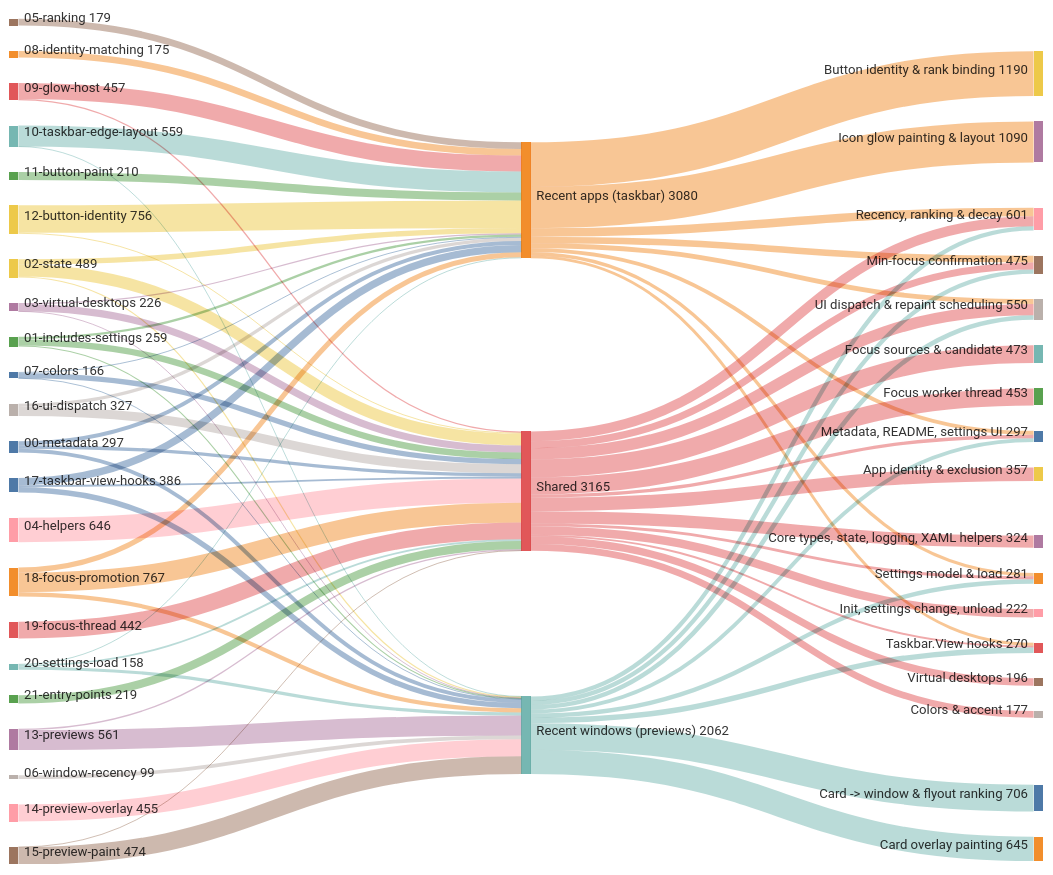
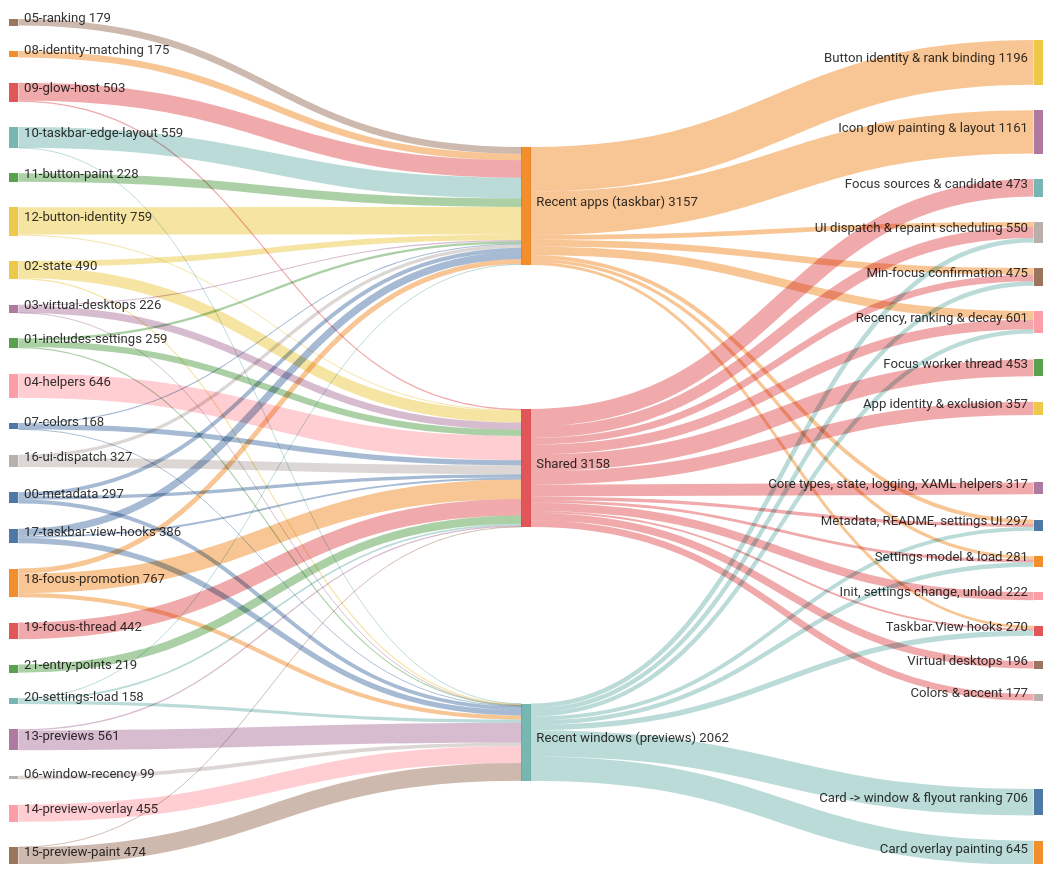
The second of 5 diagrams in doc/code/code-breakdown.md (jvlasek/taskbar-recent-focus-highlight), drawn with Mermaid before and after one commit. The commit also changed other lines of this file and 8 other files, not shown here.

First line of the commit message:
perf: paint cache for the plate icon styles

```diff
--- a/doc/code/code-breakdown.md
+++ b/doc/code/code-breakdown.md
@@ -43,8 +43,8 @@
 01-includes-settings,"Recent apps (taskbar)",61
 01-includes-settings,"Shared",170
 01-includes-settings,"Recent windows (previews)",28
-02-state,"Recent apps (taskbar)",145
-02-state,"Shared",313
+02-state,"Recent apps (taskbar)",153
+02-state,"Shared",306
 02-state,"Recent windows (previews)",31
 03-virtual-desktops,"Recent apps (taskbar)",31
 03-virtual-desktops,"Shared",190
@@ -52,16 +52,16 @@
 04-helpers,"Shared",646
 05-ranking,"Recent apps (taskbar)",179
 06-window-recency,"Recent windows (previews)",99
-07-colors,"Recent apps (taskbar)",25
+07-colors,"Recent apps (taskbar)",27
 07-colors,"Shared",139
 07-colors,"Recent windows (previews)",2
 08-identity-matching,"Recent apps (taskbar)",175
-09-glow-host,"Recent apps (taskbar)",424
+09-glow-host,"Recent apps (taskbar)",470
 09-glow-host,"Shared",33
 10-taskbar-edge-layout,"Recent apps (taskbar)",555
 10-taskbar-edge-layout,"Recent windows (previews)",4
-11-button-paint,"Recent apps (taskbar)",210
-12-button-identity,"Recent apps (taskbar)",730
+11-button-paint,"Recent apps (taskbar)",228
+12-button-identity,"Recent apps (taskbar)",733
 12-button-identity,"Shared",26
 13-previews,"Shared",33
 13-previews,"Recent windows (previews)",528
@@ -81,8 +81,8 @@
 20-settings-load,"Shared",48
 20-settings-load,"Recent windows (previews)",84
 21-entry-points,"Shared",219
-"Recent apps (taskbar)","Button identity & rank binding",1190
-"Recent apps (taskbar)","Icon glow painting & layout",1090
+"Recent apps (taskbar)","Button identity & rank binding",1196
+"Recent apps (taskbar)","Icon glow painting & layout",1161
 "Recent apps (taskbar)","Recency, ranking & decay",227
 "Recent apps (taskbar)","Min-focus confirmation",175
 "Recent apps (taskbar)","UI dispatch & repaint scheduling",129
@@ -92,7 +92,7 @@
 "Shared","Focus sources & candidate",473
 "Shared","Focus worker thread",453
 "Shared","App identity & exclusion",357
-"Shared","Core types, state, logging, XAML helpers",324
+"Shared","Core types, state, logging, XAML helpers",317
 "Shared","UI dispatch & repaint scheduling",300
 "Shared","Recency, ranking & decay",261
 "Shared","Init, settings change, unload",222
```
